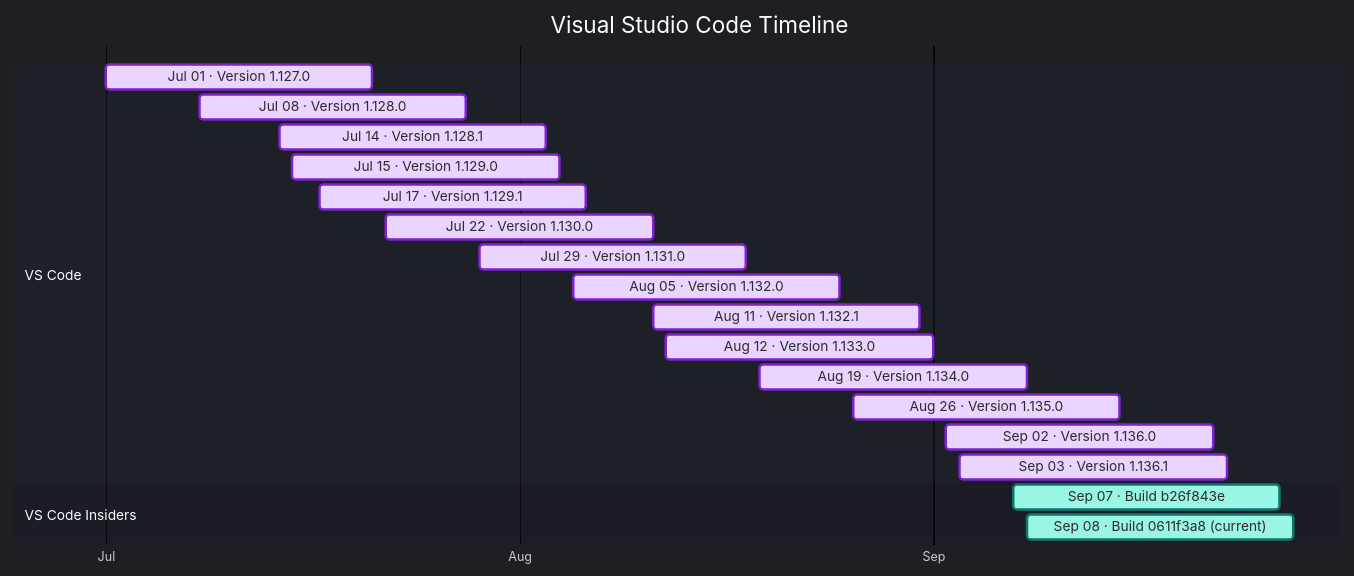
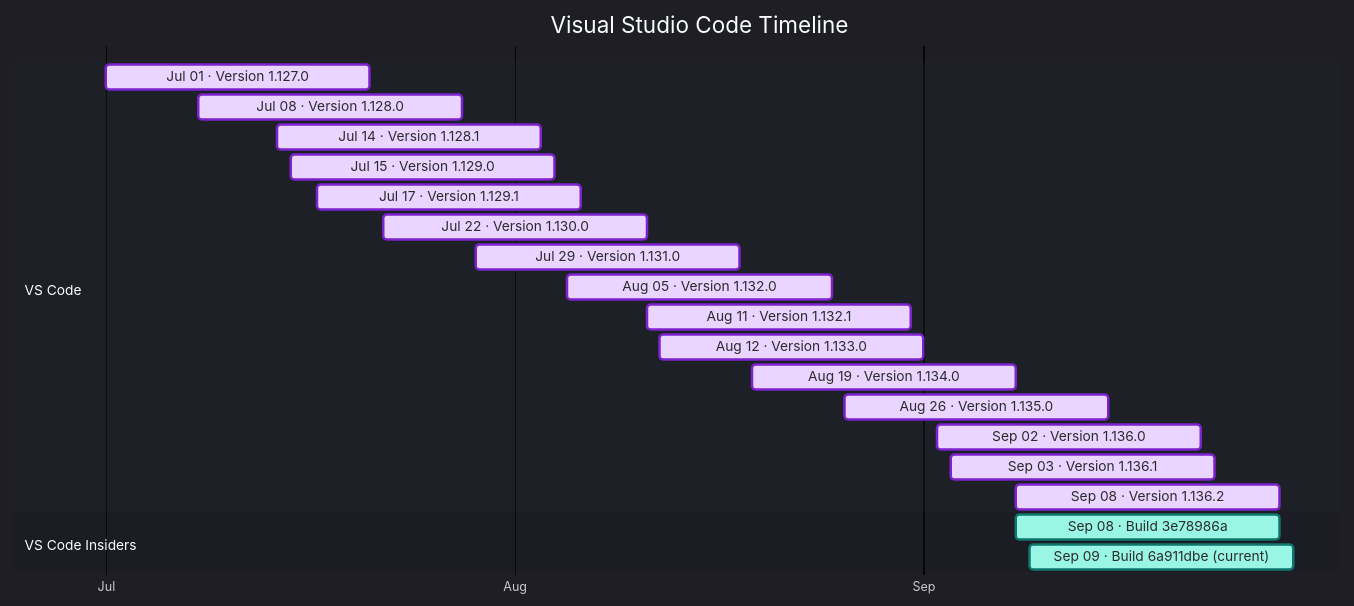
One commit to Oxelya-DevTools/VisualStudioUpdate changed the diagram in docs/vscode.md. Above: the diagram before and after it, drawn with Mermaid. The commit also changed other lines of this file and 3 other files, not shown here.

````diff
--- a/docs/vscode.md
+++ b/docs/vscode.md
@@ -9,26 +9,27 @@
 ```mermaid
 %%{init: {'theme':'dark','themeVariables': { 'fontFamily': 'Segoe UI', 'fontSize': '24px', 'textColor': '#F3F4F6', 'titleTextColor': '#FFFFFF', 'taskTextColor': '#111827', 'taskTextLightColor': '#111827', 'taskTextOutsideColor': '#F3F4F6', 'taskBkgColor': '#BAE6FD', 'taskBorderColor': '#0369A1', 'doneTaskBkgColor': '#E9D5FF', 'doneTaskBorderColor': '#7E22CE', 'activeTaskBkgColor': '#99F6E4', 'activeTaskBorderColor': '#0F766E', 'critTaskBkgColor': '#FED7AA', 'critTaskBorderColor': '#C2410C', 'sectionBkgColor': '#1F2937', 'altSectionBkgColor': '#111827', 'gridColor': '#4B5563', 'todayLineColor': '#F87171' }}}%%
 gantt
     title Visual Studio Code Timeline
     dateFormat  YYYY-MM-DD
     axisFormat  %b
     tickInterval 1month
     section VS Code
     Jul 01 · Version 1.127.0 : done, vscode202607010, 2026-07-01, 20d
     Jul 08 · Version 1.128.0 : done, vscode202607081, 2026-07-08, 20d
     Jul 14 · Version 1.128.1 : done, vscode202607142, 2026-07-14, 20d
     Jul 15 · Version 1.129.0 : done, vscode202607153, 2026-07-15, 20d
     Jul 17 · Version 1.129.1 : done, vscode202607174, 2026-07-17, 20d
     Jul 22 · Version 1.130.0 : done, vscode202607225, 2026-07-22, 20d
     Jul 29 · Version 1.131.0 : done, vscode202607296, 2026-07-29, 20d
     Aug 05 · Version 1.132.0 : done, vscode202608057, 2026-08-05, 20d
     Aug 11 · Version 1.132.1 : done, vscode202608118, 2026-08-11, 20d
     Aug 12 · Version 1.133.0 : done, vscode202608129, 2026-08-12, 20d
     Aug 19 · Version 1.134.0 : done, vscode2026081910, 2026-08-19, 20d
     Aug 26 · Version 1.135.0 : done, vscode2026082611, 2026-08-26, 20d
     Sep 02 · Version 1.136.0 : done, vscode2026090212, 2026-09-02, 20d
     Sep 03 · Version 1.136.1 : done, vscode2026090313, 2026-09-03, 20d
+    Sep 08 · Version 1.136.2 : done, vscode2026090814, 2026-09-08, 20d
     section VS Code Insiders
-    Sep 07 · Build b26f843e : active, vscodeinsiders202609070, 2026-09-07, 20d
-    Sep 08 · Build 0611f3a8 (current) : active, vscodeinsiders202609081, 2026-09-08, 20d
+    Sep 08 · Build 3e78986a : active, vscodeinsiders202609080, 2026-09-08, 20d
+    Sep 09 · Build 6a911dbe (current) : active, vscodeinsiders202609091, 2026-09-09, 20d
 ```
````
